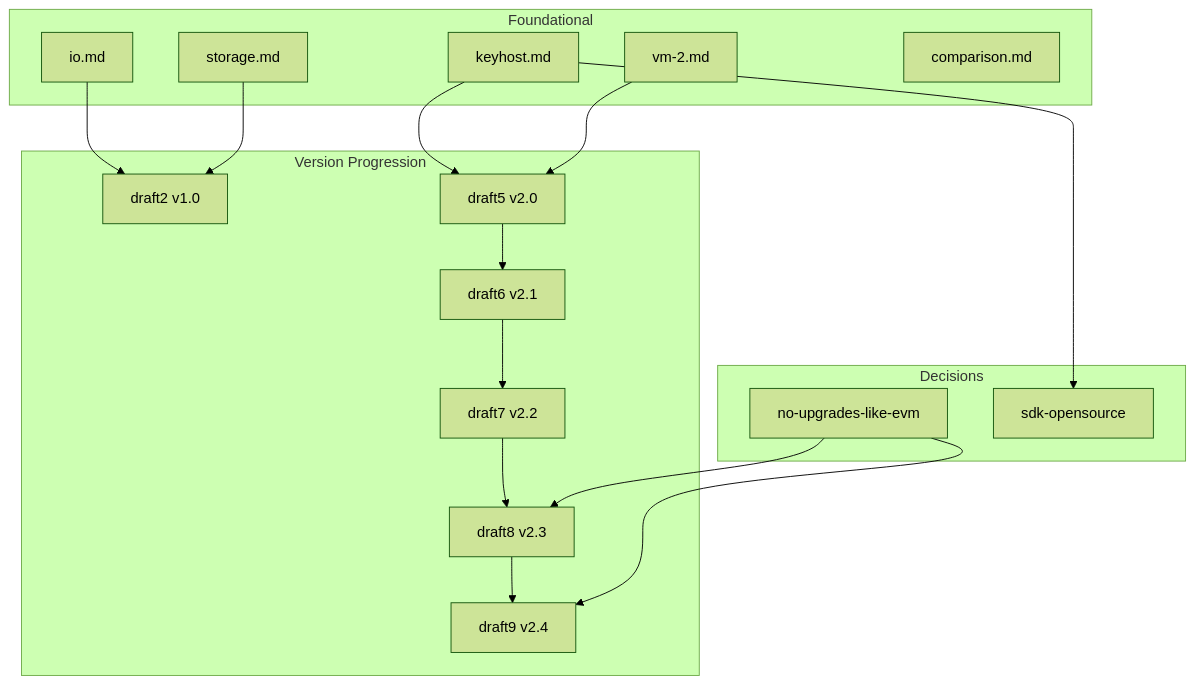
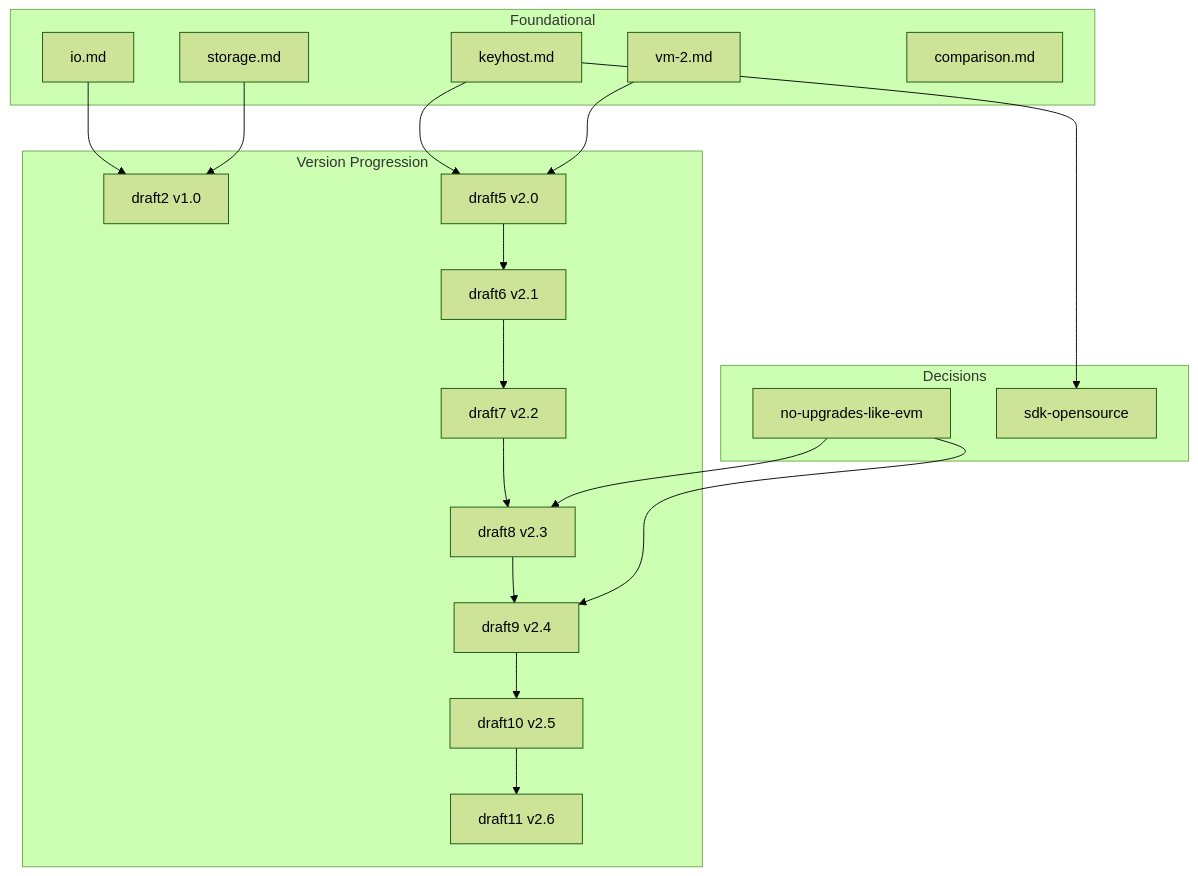
Before and after one commit to morpheum-labs/mwvm: the diagram in docs/proposals/README.md, drawn with Mermaid (forest theme). The commit also changed other lines of this file and 6 other files, not shown here.

````diff
--- a/docs/proposals/README.md
+++ b/docs/proposals/README.md
@@ -69,33 +71,35 @@
 ```mermaid
 flowchart TB
     subgraph Foundational["Foundational"]
         io[io.md]
         storage[storage.md]
         keyhost[keyhost.md]
         vm2[vm-2.md]
         comparison[comparison.md]
     end
 
     subgraph Versions["Version Progression"]
         d2[draft2 v1.0]
         d5[draft5 v2.0]
         d6[draft6 v2.1]
         d7[draft7 v2.2]
         d8[draft8 v2.3]
         d9[draft9 v2.4]
+        d10[draft10 v2.5]
+        d11[draft11 v2.6]
     end
 
     subgraph Decisions["Decisions"]
         noevm[no-upgrades-like-evm]
         sdk[sdk-opensource]
     end
 
     io --> d2
     storage --> d2
     keyhost --> d5
     vm2 --> d5
-    d5 --> d6 --> d7 --> d8 --> d9
+    d5 --> d6 --> d7 --> d8 --> d9 --> d10 --> d11
     noevm --> d8
     noevm --> d9
     keyhost --> sdk
 ```
````
